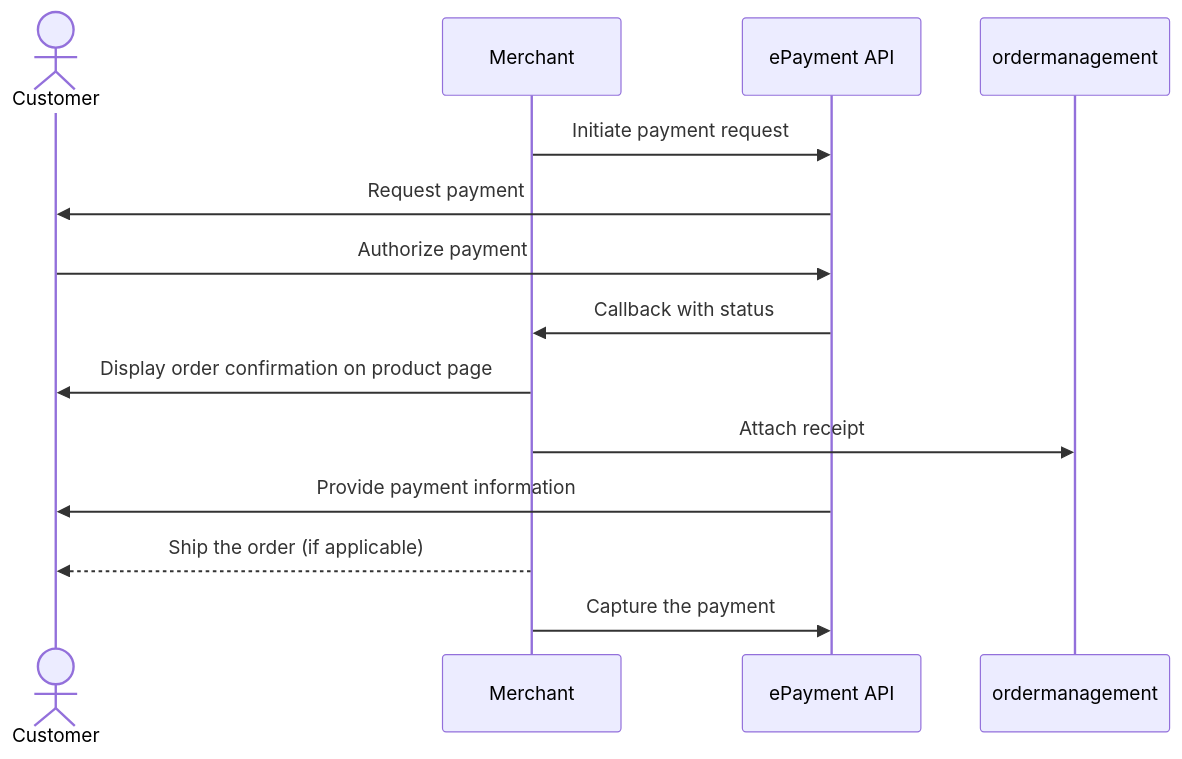
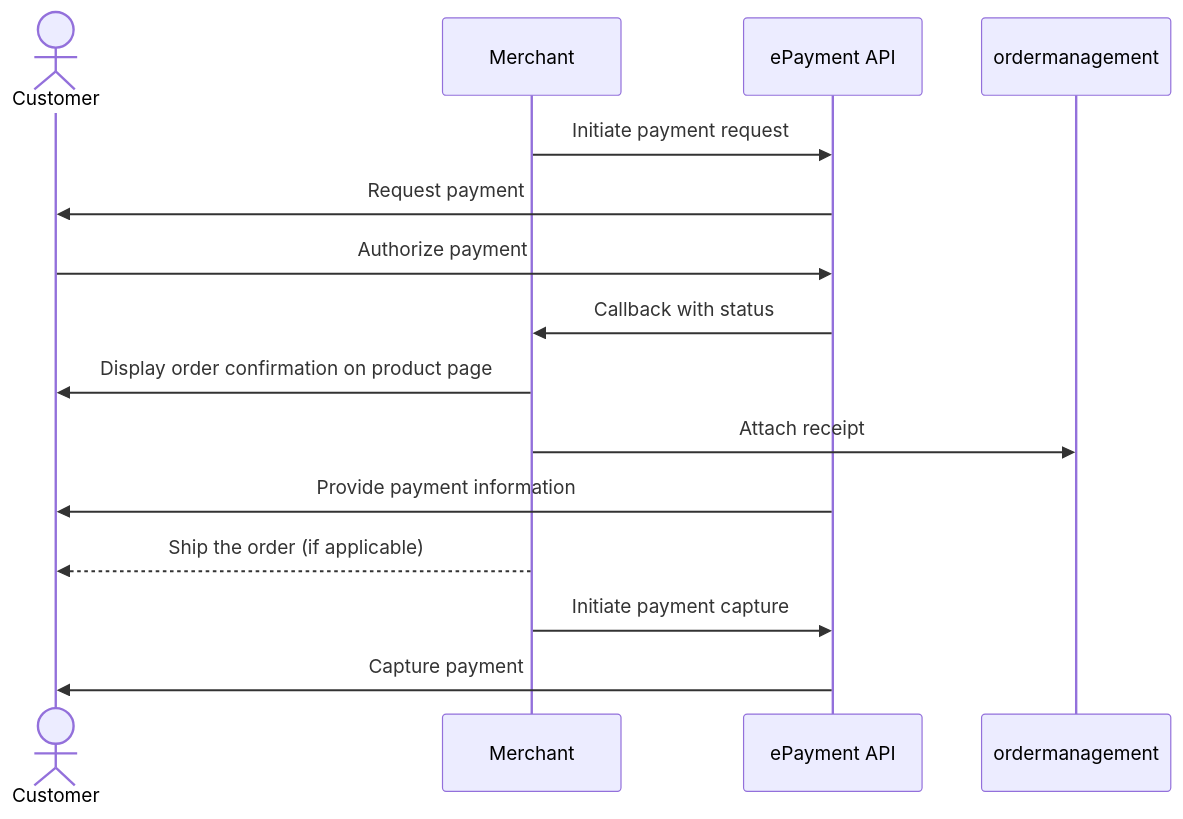
The diagram in invoice-through-epayments/payment-sent-to-app.md (vippsas/vipps-solutions), drawn with Mermaid before and after one commit. The commit also changed 13 other files, not shown here.

Commit message:
Sequence diagrams: Add line to initiate payment capture

````diff
--- a/invoice-through-epayments/payment-sent-to-app.md
+++ b/invoice-through-epayments/payment-sent-to-app.md
@@ -61,16 +61,17 @@
 ``` mermaid
 sequenceDiagram
     actor C as Customer
     participant M as Merchant
     participant ePayment as ePayment API
 
     M->>ePayment: Initiate payment request
     ePayment->>C: Request payment
     C->>ePayment: Authorize payment
     ePayment->>M: Callback with status
     M->>C: Display order confirmation on product page
     M->> ordermanagement: Attach receipt
     ePayment->>C: Provide payment information
     M-->>C: Ship the order (if applicable)
-    M->>ePayment: Capture the payment
+    M->>ePayment: Initiate payment capture
+    ePayment->>C: Capture payment
 ```
````
